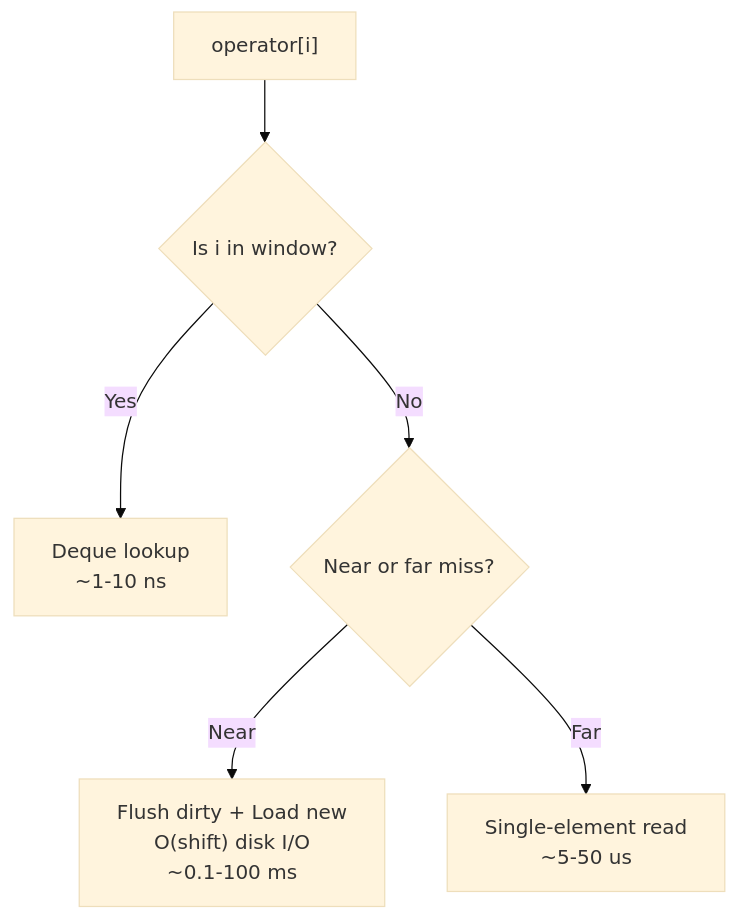
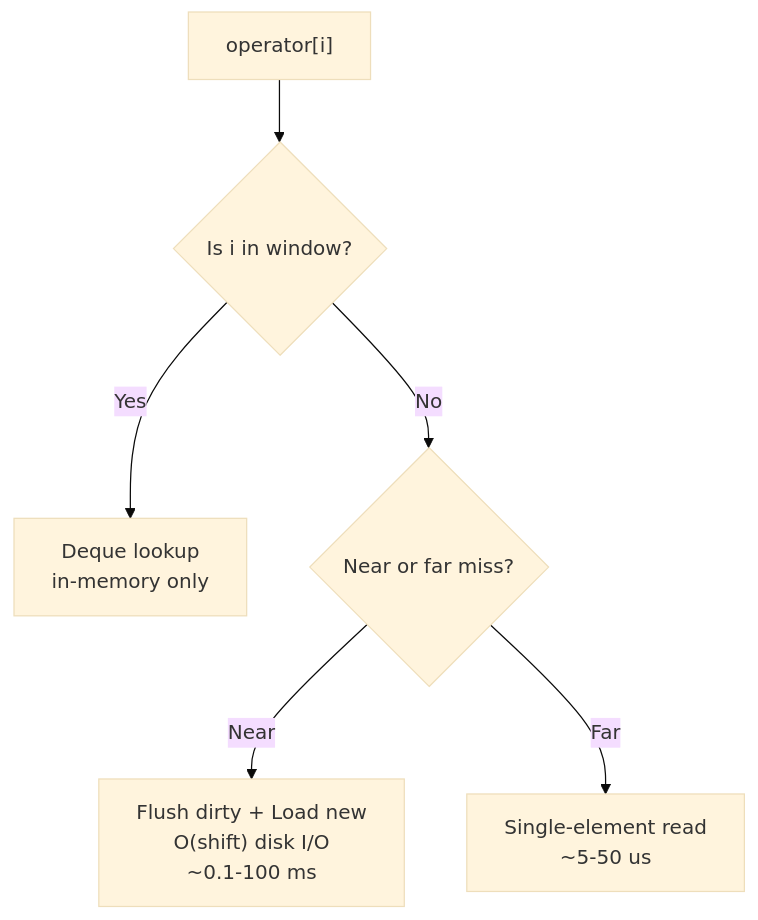
Before and after one commit to schroedermatthew/FatP: the first of 2 diagrams in components/SlidingFileWindow/docs/User Manual - SlidingFileWindow.md, drawn with Mermaid (base theme). The commit also changed other lines of this file and 40 other files, not shown here.

````diff
--- a/components/SlidingFileWindow/docs/User Manual - SlidingFileWindow.md
+++ b/components/SlidingFileWindow/docs/User Manual - SlidingFileWindow.md
@@ -84,8 +84,8 @@
 ```mermaid
 flowchart TD
     Access["operator[i]"] --> Check{"Is i in window?"}
-    Check -->|"Yes"| InWindow["Deque lookup<br/>~1-10 ns"]
+    Check -->|"Yes"| InWindow["Deque lookup<br/>in-memory only"]
     Check -->|"No"| ShiftCheck{"Near or far miss?"}
     ShiftCheck -->|"Near"| Shift["Flush dirty + Load new<br/>O(shift) disk I/O<br/>~0.1-100 ms"]
     ShiftCheck -->|"Far"| Direct["Single-element read<br/>~5-50 us"]
 ```
````
